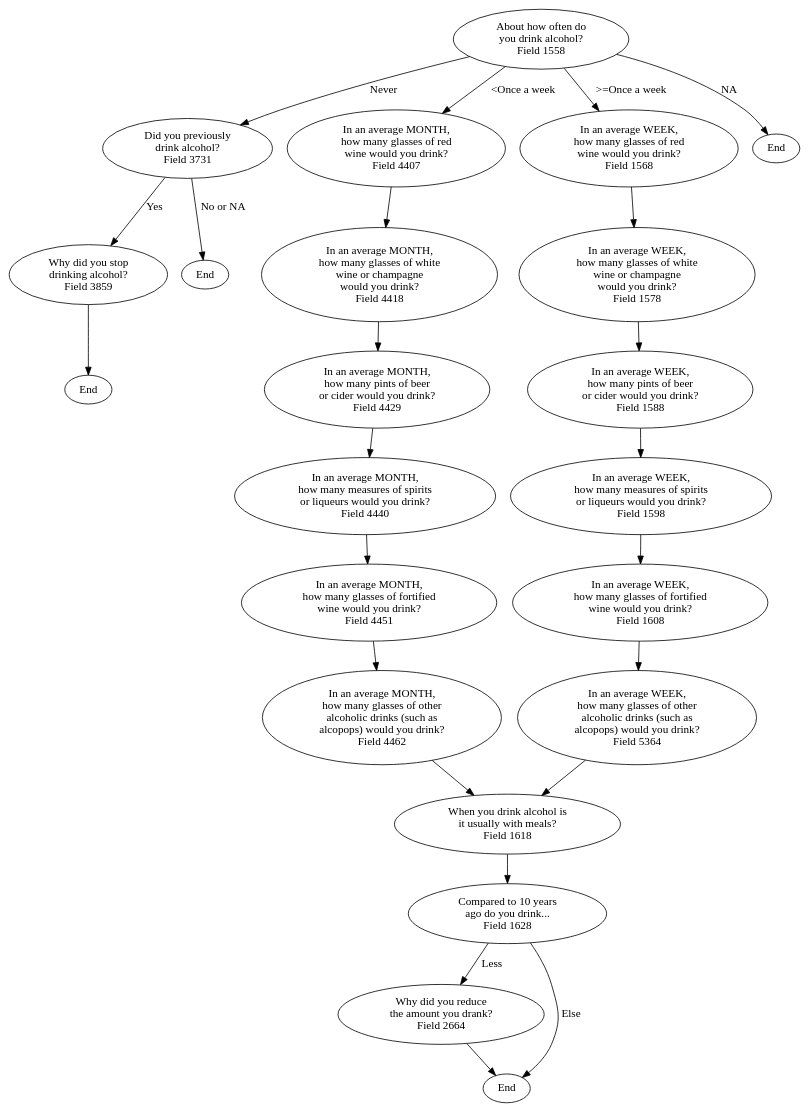
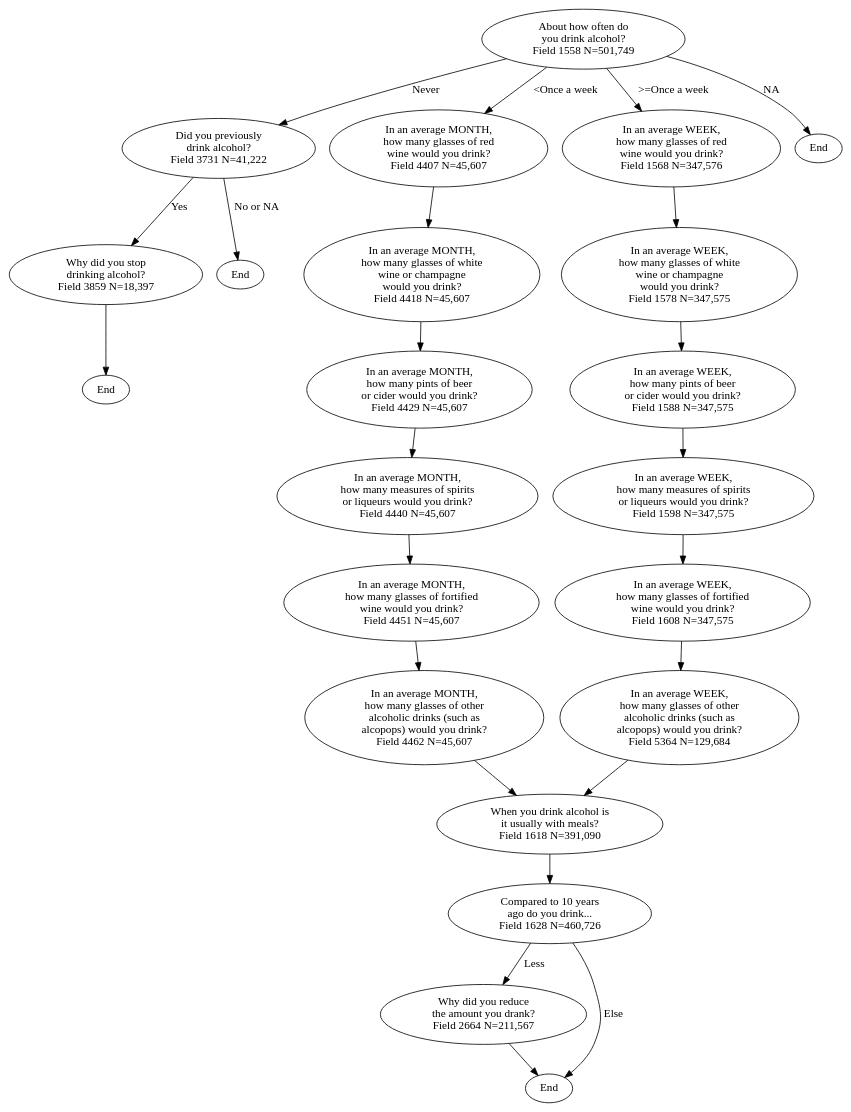
Before and after one commit to dbrazel/ukbiobank-flowcharts: the diagram in alcohol_phenotypes.dot, drawn with Graphviz. The commit also changed 3 other files, not shown here.

```diff
--- a/alcohol_phenotypes.dot
+++ b/alcohol_phenotypes.dot
@@ -1,62 +1,62 @@
 digraph {
 	//Nodes (Questions)
-	A1[label="About how often do\nyou drink alcohol?\nField 1558"]
-	A1A[label="Did you previously\ndrink alcohol?\nField 3731"]
+	A1[label="About how often do\nyou drink alcohol?\nField 1558 N=501,749"]
+	A1A[label="Did you previously\ndrink alcohol?\nField 3731 N=41,222"]
 	
-	A2B[label="In an average MONTH,\nhow many glasses of red\nwine would you drink?\nField 4407"]
-	A2C[label="In an average MONTH,\nhow many glasses of white\nwine or champagne\nwould you drink?\nField 4418"]
-	A2E[label="In an average MONTH,\nhow many pints of beer\nor cider would you drink?\nField 4429"]
-	A2A[label="In an average MONTH,\nhow many measures of spirits\nor liqueurs would you drink?\nField 4440"]
-	A2F[label="In an average MONTH,\nhow many glasses of fortified\nwine would you drink?\nField 4451"]
-	A2G[label="In an average MONTH,\nhow many glasses of other\nalcoholic drinks (such as \nalcopops) would you drink?\nField 4462"]
+	A2B[label="In an average MONTH,\nhow many glasses of red\nwine would you drink?\nField 4407 N=45,607"]
+	A2C[label="In an average MONTH,\nhow many glasses of white\nwine or champagne\nwould you drink?\nField 4418 N=45,607"]
+	A2E[label="In an average MONTH,\nhow many pints of beer\nor cider would you drink?\nField 4429 N=45,607"]
+	A2A[label="In an average MONTH,\nhow many measures of spirits\nor liqueurs would you drink?\nField 4440 N=45,607"]
+	A2F[label="In an average MONTH,\nhow many glasses of fortified\nwine would you drink?\nField 4451 N=45,607"]
+	A2G[label="In an average MONTH,\nhow many glasses of other\nalcoholic drinks (such as \nalcopops) would you drink?\nField 4462 N=45,607"]
 
-	A3B[label="In an average WEEK,\nhow many glasses of red\nwine would you drink?\nField 1568"]
-	A3C[label="In an average WEEK,\nhow many glasses of white\nwine or champagne\nwould you drink?\nField 1578"]
-	A3E[label="In an average WEEK,\nhow many pints of beer\nor cider would you drink?\nField 1588"]
-	A3A[label="In an average WEEK,\nhow many measures of spirits\nor liqueurs would you drink?\nField 1598"]
-	A3F[label="In an average WEEK,\nhow many glasses of fortified\nwine would you drink?\nField 1608"]
-	A3G[label="In an average WEEK,\nhow many glasses of other\nalcoholic drinks (such as \nalcopops) would you drink?\nField 5364"]
+	A3B[label="In an average WEEK,\nhow many glasses of red\nwine would you drink?\nField 1568 N=347,576"]
+	A3C[label="In an average WEEK,\nhow many glasses of white\nwine or champagne\nwould you drink?\nField 1578 N=347,575"]
+	A3E[label="In an average WEEK,\nhow many pints of beer\nor cider would you drink?\nField 1588 N=347,575"]
+	A3A[label="In an average WEEK,\nhow many measures of spirits\nor liqueurs would you drink?\nField 1598 N=347,575"]
+	A3F[label="In an average WEEK,\nhow many glasses of fortified\nwine would you drink?\nField 1608 N=347,575"]
+	A3G[label="In an average WEEK,\nhow many glasses of other\nalcoholic drinks (such as \nalcopops) would you drink?\nField 5364 N=129,684"]
 
-	A5[label="When you drink alcohol is\nit usually with meals?\nField 1618"]
+	A5[label="When you drink alcohol is\nit usually with meals?\nField 1618 N=391,090"]
 
-	A6[label="Compared to 10 years\nago do you drink...\nField 1628"]
+	A6[label="Compared to 10 years\nago do you drink...\nField 1628 N=460,726"]
 
-	A7[label="Why did you reduce\nthe amount you drank?\nField 2664"]
-	A7A[label="Why did you stop\ndrinking alcohol?\nField 3859"]
+	A7[label="Why did you reduce\nthe amount you drank?\nField 2664 N=211,567"]
+	A7A[label="Why did you stop\ndrinking alcohol?\nField 3859 N=18,397"]
 
 	End2[label="End"]
 	End3[label="End"]
 	End4[label="End"]
 
 	//Edges (Routing Logic)
 	A1 -> A2B[label="<Once a week"]
 	A1 -> A1A[label="Never"]
 	A1 -> End[label="NA"]
 	A1 -> A3B[label=">=Once a week"]
 
 	A1A -> End2[label="No or NA"]
 	A1A -> A7A[label="Yes"]
 
 	A2B -> A2C
 	A2C -> A2E
 	A2E -> A2A
 	A2A -> A2F
 	A2F -> A2G
 	A2G -> A5
 
 	A3B -> A3C
 	A3C -> A3E
 	A3E -> A3A
 	A3A -> A3F
 	A3F -> A3G
 	A3G -> A5
 
 	A5 -> A6
 
 	A6 -> A7[label="Less"]
 	A6 -> End3[label="Else"]
 
 	A7 -> End3
 
 	A7A -> End4
 }
```
